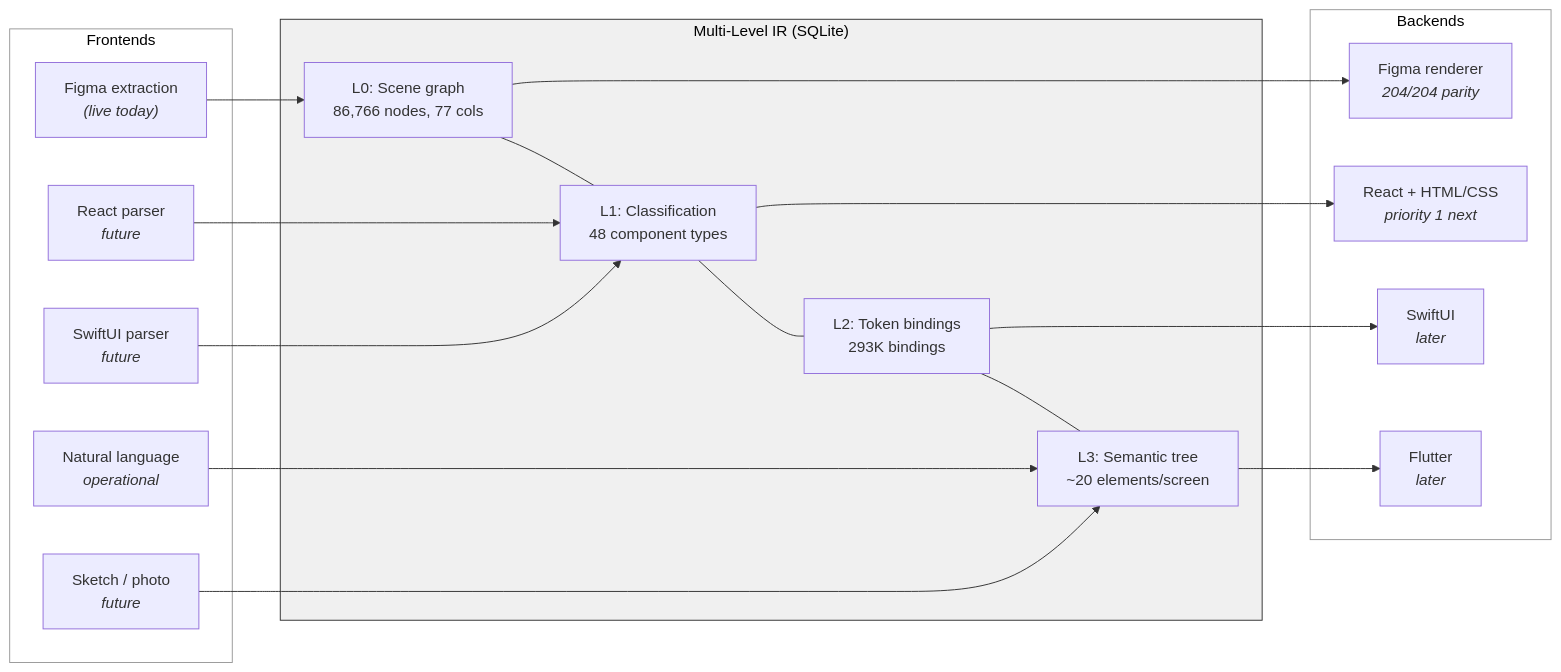
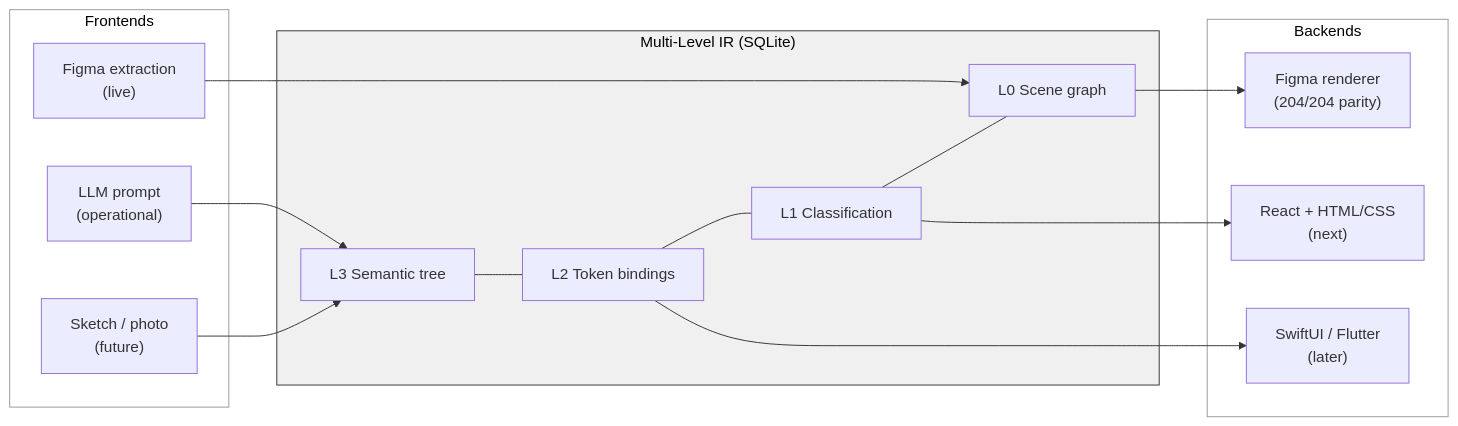
The diagram in README.md (mpacione/declarative), drawn with Mermaid before and after one commit. The commit also changed other lines of this file and 7 other files, not shown here.

````diff
--- a/README.md
+++ b/README.md
@@ -26,40 +177,34 @@
 ```mermaid
 graph LR
-    subgraph Frontends
-        F1["Figma extraction<br/><i>(live today)</i>"]
-        F2["Natural language<br/><i>operational</i>"]
-        F3["Sketch / photo<br/><i>future</i>"]
-        F4["React parser<br/><i>future</i>"]
-        F5["SwiftUI parser<br/><i>future</i>"]
+    subgraph F ["Frontends"]
+        F1["Figma extraction<br/>(live)"]
+        F2["LLM prompt<br/>(operational)"]
+        F3["Sketch / photo<br/>(future)"]
     end
 
-    subgraph IR["Multi-Level IR (SQLite)"]
-        L0["L0: Scene graph<br/>86,766 nodes, 77 cols"]
-        L1["L1: Classification<br/>48 component types"]
-        L2["L2: Token bindings<br/>293K bindings"]
-        L3["L3: Semantic tree<br/>~20 elements/screen"]
-        L0 --- L1 --- L2 --- L3
+    subgraph I ["Multi-Level IR (SQLite)"]
+        L3["L3 Semantic tree"]
+        L2["L2 Token bindings"]
+        L1["L1 Classification"]
+        L0["L0 Scene graph"]
+        L3 --- L2 --- L1 --- L0
     end
 
-    subgraph Backends
-        B1["Figma renderer<br/><i>204/204 parity</i>"]
-        B2["React + HTML/CSS<br/><i>priority 1 next</i>"]
-        B3["SwiftUI<br/><i>later</i>"]
-        B4["Flutter<br/><i>later</i>"]
+    subgraph B ["Backends"]
+        B1["Figma renderer<br/>(204/204 parity)"]
+        B2["React + HTML/CSS<br/>(next)"]
+        B3["SwiftUI / Flutter<br/>(later)"]
     end
 
     F1 --> L0
     F2 --> L3
     F3 --> L3
-    F4 --> L1
-    F5 --> L1
 
     L0 --> B1
     L1 --> B2
     L2 --> B3
-    L3 --> B4
 
-    style IR fill:#f0f0f0,color:#000,stroke:#333
-    style Frontends fill:#fff,color:#000,stroke:#999
-    style Backends fill:#fff,color:#000,stroke:#999
+    style I fill:#f0f0f0,color:#000,stroke:#333
+    style F fill:#fff,color:#000,stroke:#999
+    style B fill:#fff,color:#000,stroke:#999
 ```
````
